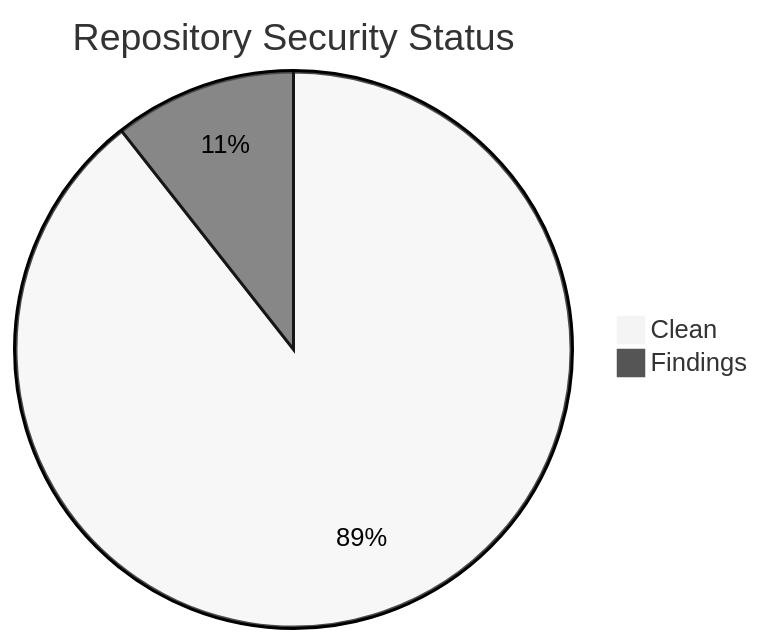
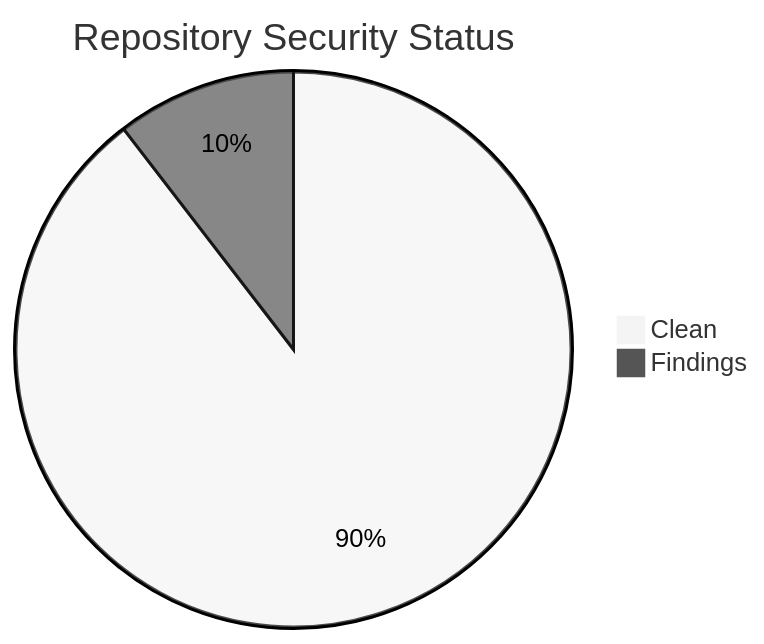
The second of 2 diagrams in projects/status.md (icepaule/icepaule.github.io), drawn with Mermaid (neutral theme) before and after one commit. The commit also changed other lines of this file and 59 other files, not shown here.

````diff
--- a/projects/status.md
+++ b/projects/status.md
@@ -129,5 +130,5 @@
 ```mermaid
 pie title Repository Security Status
-    "Clean" : 59
+    "Clean" : 60
     "Findings" : 7
 ```
````
